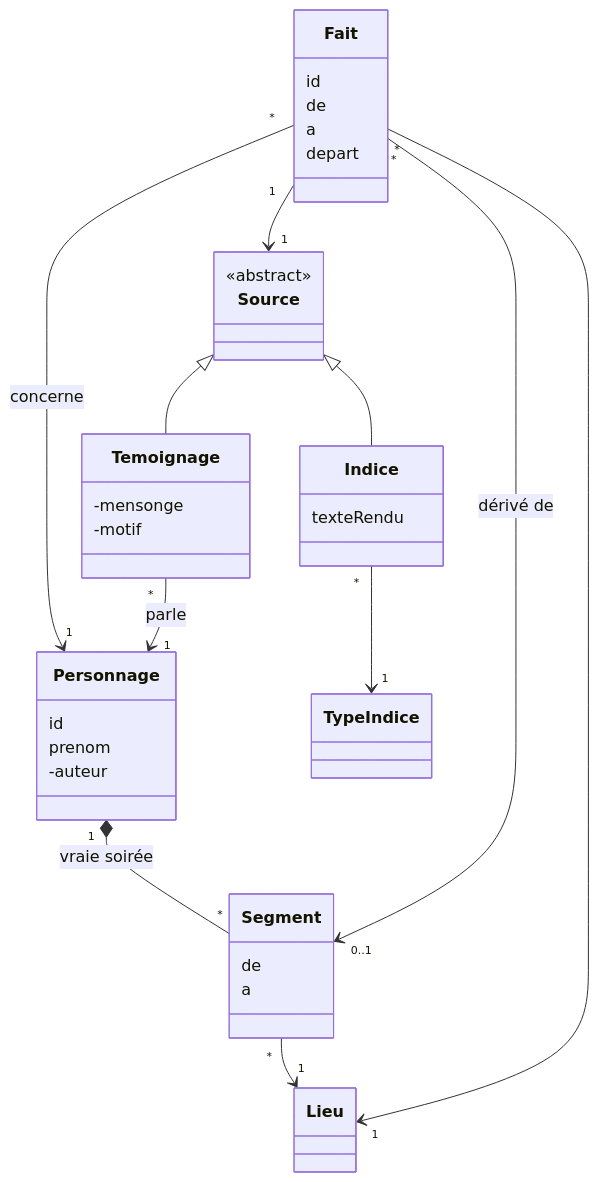
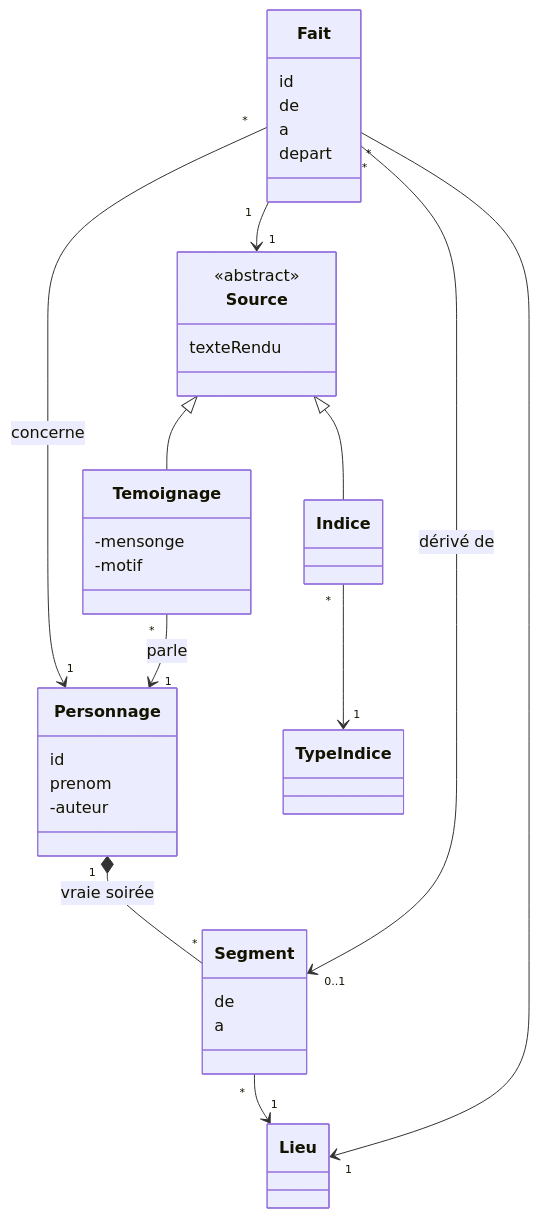
One commit to akartikus/pistouil changed the third of 4 diagrams in docs/reference/DATA-MODEL.md. Above: the diagram before and after it, drawn with Mermaid. The commit also changed other lines of this file and 3 other files, not shown here.

````diff
--- a/docs/reference/DATA-MODEL.md
+++ b/docs/reference/DATA-MODEL.md
@@ -89,39 +102,38 @@
 ```mermaid
 classDiagram
   direction TB
   class Personnage {
     id
     prenom
     -auteur
   }
   class Segment {
     de
     a
   }
   class Fait {
     id
     de
     a
     depart
   }
   class Source {
     <<abstract>>
-  }
-  class Indice {
     texteRendu
   }
+  class Indice
   class Temoignage {
     -mensonge
     -motif
   }
   Personnage "1" *-- "*" Segment : vraie soirée
   Segment "*" --> "1" Lieu
   Fait "*" --> "1" Personnage : concerne
   Fait "*" --> "1" Lieu
   Fait "*" --> "0..1" Segment : dérivé de
   Fait "1" --> "1" Source
   Source <|-- Indice
   Source <|-- Temoignage
   Indice "*" --> "1" TypeIndice
   Temoignage "*" --> "1" Personnage : parle
 ```
````
